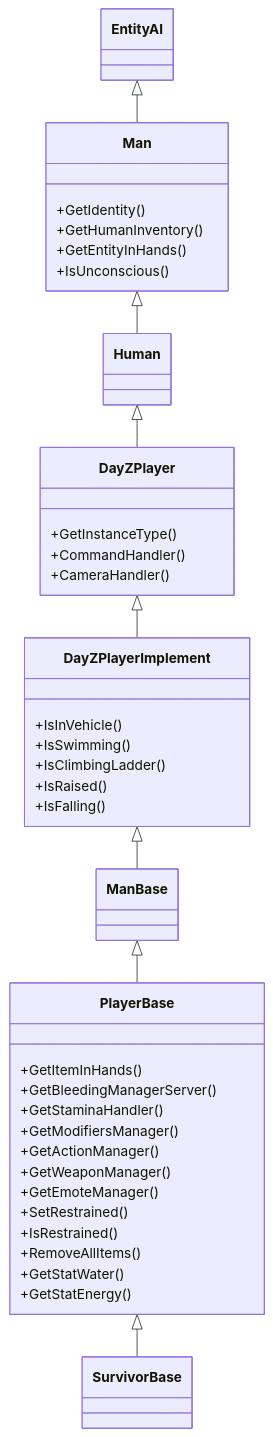
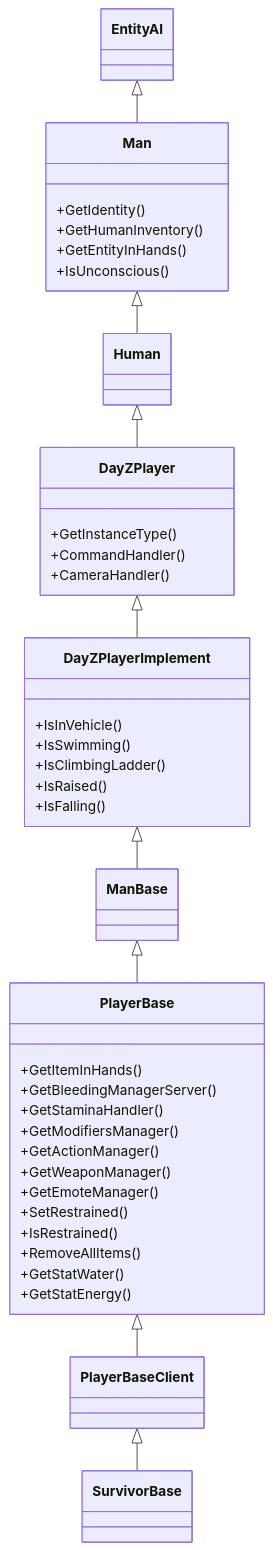
Before and after one commit to Da4EvaN00b/DayZ-Modding-Wiki: the diagram in en/06-engine-api/14-player-system.md, drawn with Mermaid. The commit also changed other lines of this file and 221 other files, not shown here.

````diff
--- a/en/06-engine-api/14-player-system.md
+++ b/en/06-engine-api/14-player-system.md
@@ -37,43 +57,44 @@
 ```mermaid
 classDiagram
     EntityAI <|-- Man
     Man <|-- Human
     Human <|-- DayZPlayer
     DayZPlayer <|-- DayZPlayerImplement
     DayZPlayerImplement <|-- ManBase
     ManBase <|-- PlayerBase
-    PlayerBase <|-- SurvivorBase
+    PlayerBase <|-- PlayerBaseClient
+    PlayerBaseClient <|-- SurvivorBase
 
     class Man {
         +GetIdentity()
         +GetHumanInventory()
         +GetEntityInHands()
         +IsUnconscious()
     }
     class DayZPlayer {
         +GetInstanceType()
         +CommandHandler()
         +CameraHandler()
     }
     class DayZPlayerImplement {
         +IsInVehicle()
         +IsSwimming()
         +IsClimbingLadder()
         +IsRaised()
         +IsFalling()
     }
     class PlayerBase {
         +GetItemInHands()
         +GetBleedingManagerServer()
         +GetStaminaHandler()
         +GetModifiersManager()
         +GetActionManager()
         +GetWeaponManager()
         +GetEmoteManager()
         +SetRestrained()
         +IsRestrained()
         +RemoveAllItems()
         +GetStatWater()
         +GetStatEnergy()
     }
 ```
````
